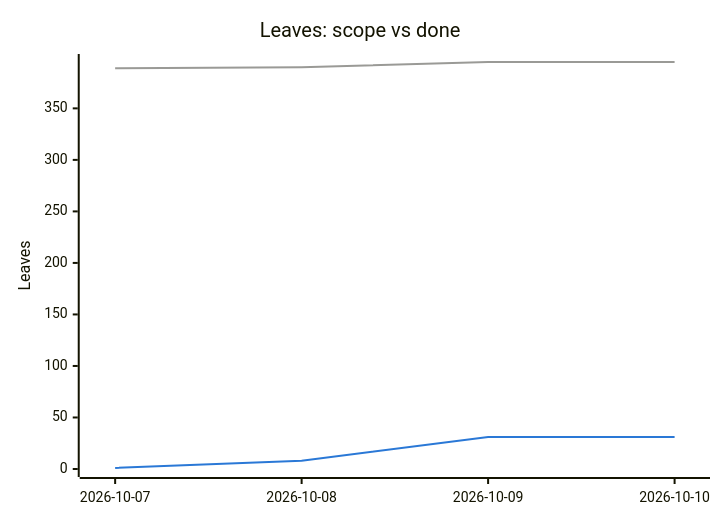
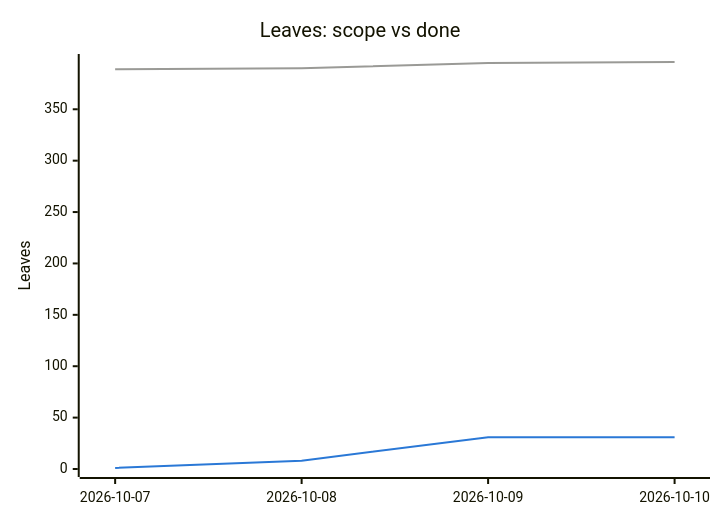
One commit to tomiok/persiaDB changed the second of 2 diagrams in PROGRESS.md. Above: the diagram before and after it, drawn with Mermaid. The commit also changed other lines of this file and 5 other files, not shown here.

First line of the commit message:
chore(format): deny clippy::arithmetic_side_effects in persia-format (ROADMAP 1.1.5)

````diff
--- a/PROGRESS.md
+++ b/PROGRESS.md
@@ -106,14 +107,14 @@
 ```mermaid
 ---
 config:
   themeVariables:
     xyChart:
       plotColorPalette: "#9a9a96, #2a78d6"
 ---
 xychart-beta
   title "Leaves: scope vs done"
   x-axis ["2026-10-07", "2026-10-08", "2026-10-09", "2026-10-10"]
-  y-axis "Leaves" 0 --> 395
-  line [389, 390, 395, 395]
+  y-axis "Leaves" 0 --> 396
+  line [389, 390, 395, 396]
   line [1, 8, 31, 31]
 ```
````
